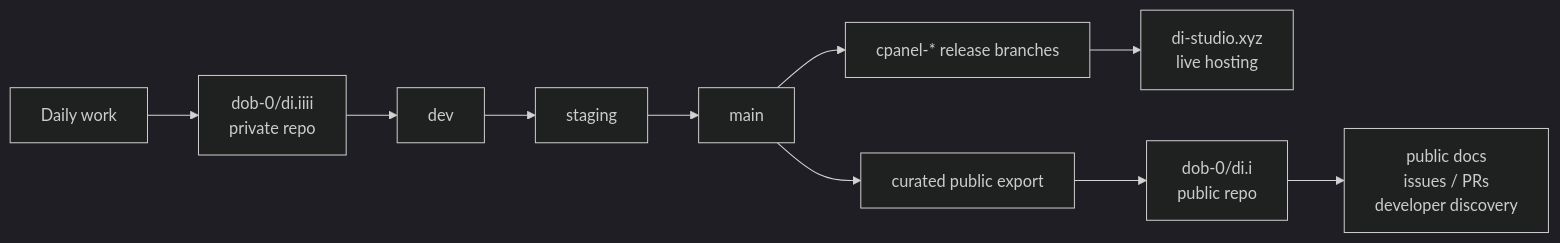
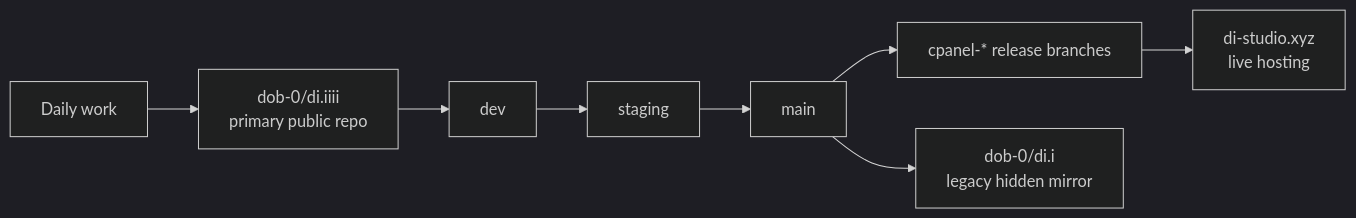
Before and after one commit to dob-0/di.iiii: the diagram in README.md, drawn with Mermaid (dark theme). The commit also changed other lines of this file and 5 other files, not shown here.

Commit message:
docs: align repo visibility and mirror status

````diff
--- a/README.md
+++ b/README.md
@@ -308,12 +308,10 @@
 ```mermaid
 flowchart LR
-    work["Daily work"] --> dev["dob-0/di.iiii<br/>private repo"]
+    work["Daily work"] --> dev["dob-0/di.iiii<br/>primary public repo"]
     dev --> branchDev["dev"]
     branchDev --> branchStaging["staging"]
     branchStaging --> branchMain["main"]
     branchMain --> release["cpanel-* release branches"]
     release --> hosting["di-studio.xyz<br/>live hosting"]
-    branchMain --> curate["curated public export"]
-    curate --> public["dob-0/di.i<br/>public repo"]
-    public --> discover["public docs<br/>issues / PRs<br/>developer discovery"]
+    branchMain --> legacy["dob-0/di.i<br/>legacy hidden mirror"]
 ```
````
